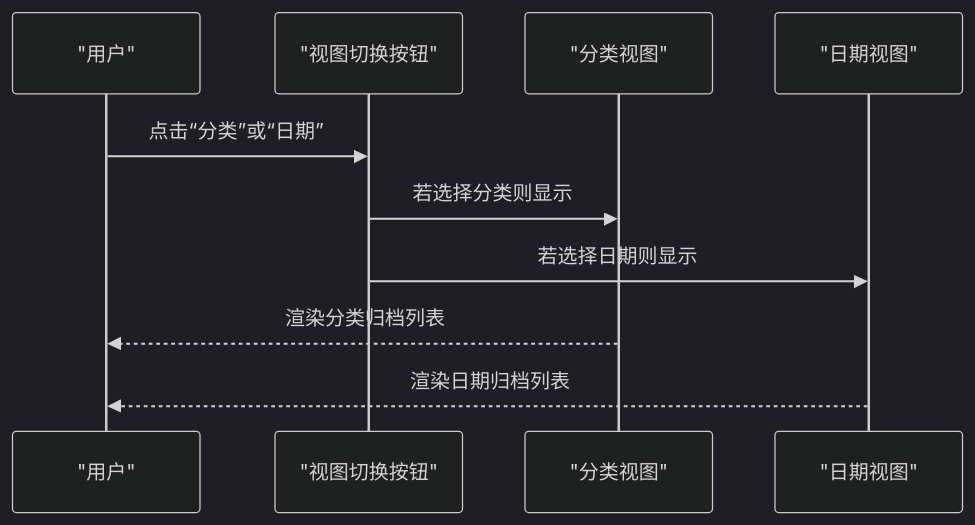
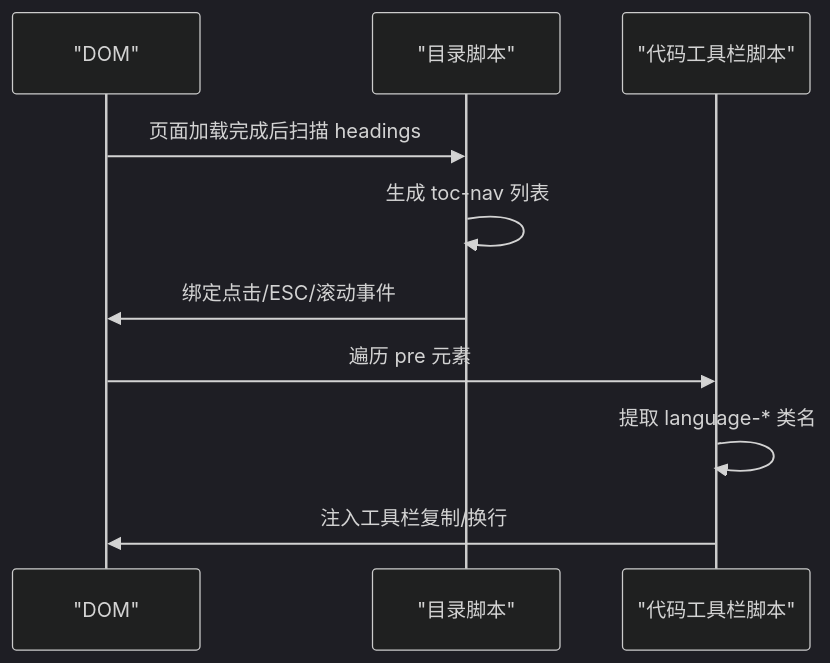
Before and after one commit to LZC6244/lzc6244.github.io: the fourth of 7 diagrams in .qoder/repowiki/zh/content/项目概述.md, drawn with Mermaid (dark theme). The commit also changed other lines of this file and 104 other files, not shown here.

````diff
--- a/.qoder/repowiki/zh/content/项目概述.md
+++ b/.qoder/repowiki/zh/content/项目概述.md
@@ -172,12 +177,12 @@
 ```mermaid
 sequenceDiagram
-participant U as "用户"
-participant V as "视图切换按钮"
-participant C as "分类视图"
-participant D as "日期视图"
-U->>V : 点击“分类”或“日期”
-V->>C : 若选择分类则显示
-V->>D : 若选择日期则显示
-C-->>U : 渲染分类归档列表
-D-->>U : 渲染日期归档列表
+participant DOM as "DOM"
+participant TOC as "目录脚本"
+participant CODE as "代码工具栏脚本"
+DOM->>TOC : 页面加载完成后扫描 headings
+TOC->>TOC : 生成 toc-nav 列表
+TOC->>DOM : 绑定点击/ESC/滚动事件
+DOM->>CODE : 遍历 pre 元素
+CODE->>CODE : 提取 language-* 类名
+CODE->>DOM : 注入工具栏复制/换行
 ```
````
